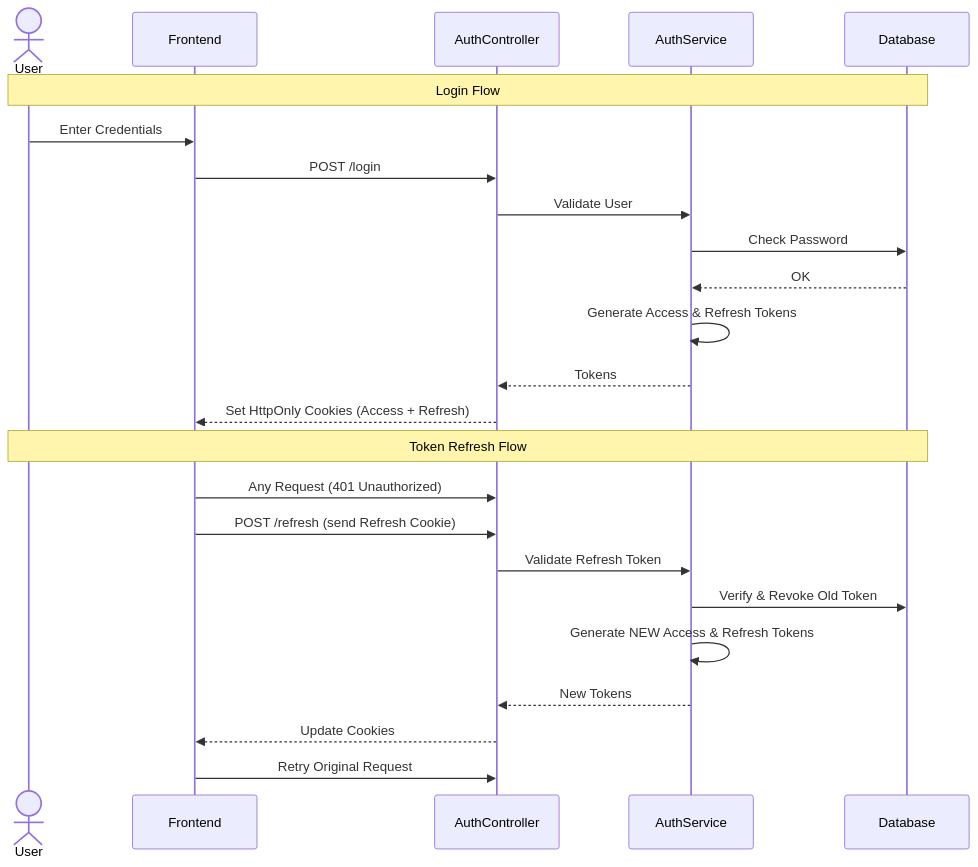
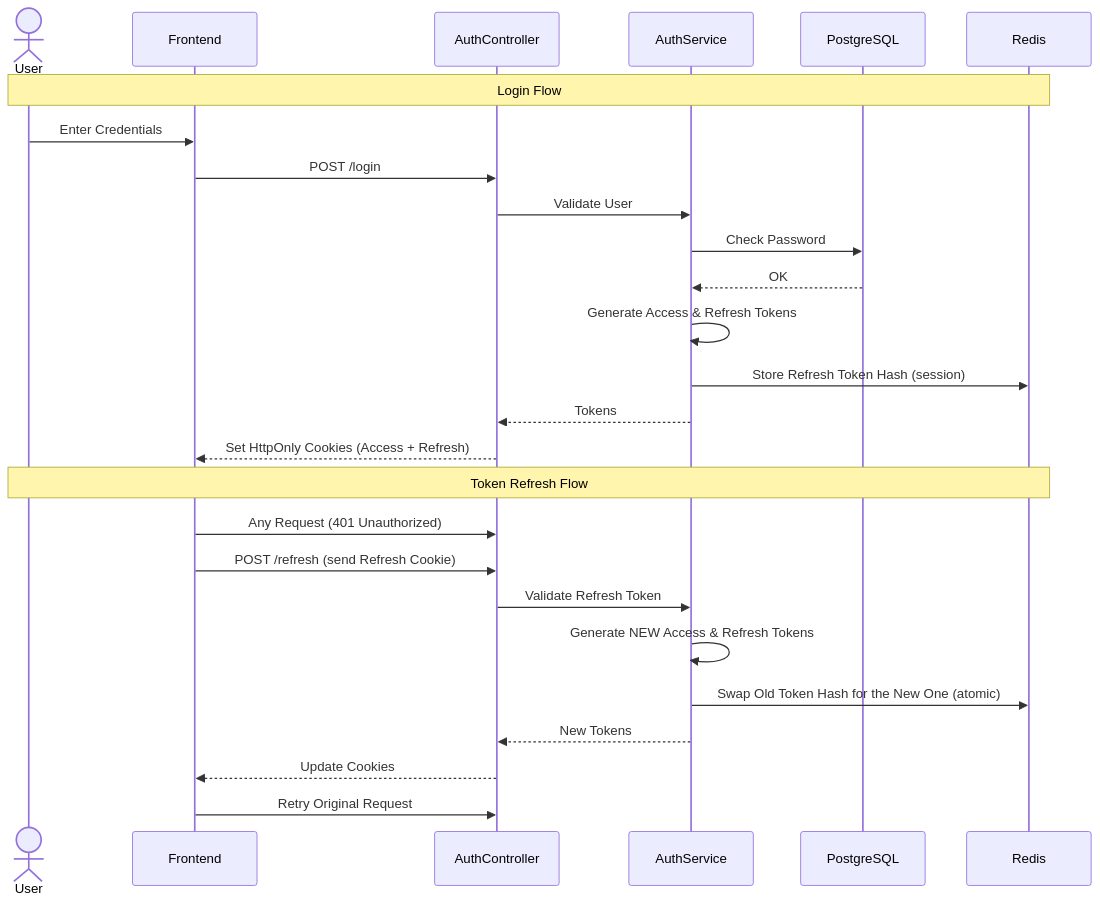
Before and after one commit to yarmatss/CodeLearning: the fourth of 4 diagrams in README.md, drawn with Mermaid. The commit also changed other lines of this file and 26 other files, not shown here.

````diff
--- a/README.md
+++ b/README.md
@@ -179,28 +236,30 @@
 ```mermaid
 sequenceDiagram
     actor U as User
     participant FE as Frontend
     participant API as AuthController
     participant S as AuthService
-    participant DB as Database
+    participant DB as PostgreSQL
+    participant R as Redis
 
-    Note over U, DB: Login Flow
+    Note over U, R: Login Flow
     U->>FE: Enter Credentials
     FE->>API: POST /login
     API->>S: Validate User
     S->>DB: Check Password
     DB-->>S: OK
     S->>S: Generate Access & Refresh Tokens
+    S->>R: Store Refresh Token Hash (session)
     S-->>API: Tokens
     API-->>FE: Set HttpOnly Cookies (Access + Refresh)
 
-    Note over U, DB: Token Refresh Flow
+    Note over U, R: Token Refresh Flow
     FE->>API: Any Request (401 Unauthorized)
     FE->>API: POST /refresh (send Refresh Cookie)
     API->>S: Validate Refresh Token
-    S->>DB: Verify & Revoke Old Token
     S->>S: Generate NEW Access & Refresh Tokens
+    S->>R: Swap Old Token Hash for the New One (atomic)
     S-->>API: New Tokens
     API-->>FE: Update Cookies
     FE->>API: Retry Original Request
 ```
````
